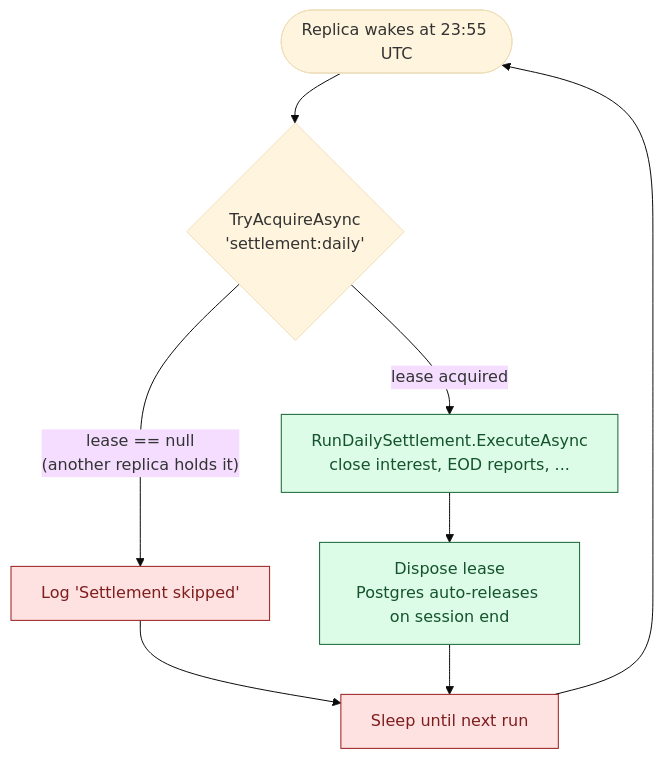
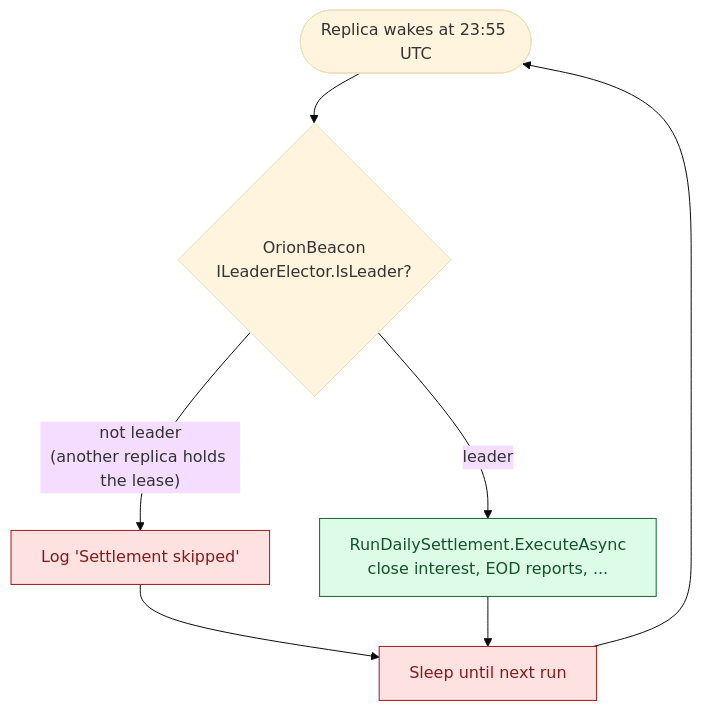
The third of 5 diagrams in README.md (tunahanaliozturk/OrionShowcase), drawn with Mermaid (base theme) before and after one commit. The commit also changed other lines of this file and 37 other files, not shown here.

````diff
--- a/README.md
+++ b/README.md
@@ -190,15 +200,14 @@
 ```mermaid
 flowchart TD
-    Start([Replica wakes at 23:55 UTC]) --> Try{TryAcquireAsync<br/>'settlement:daily'}
-    Try -- "lease == null<br/>(another replica holds it)" --> Skip[Log 'Settlement skipped']
+    Start([Replica wakes at 23:55 UTC]) --> Try{OrionBeacon<br/>ILeaderElector.IsLeader?}
+    Try -- "not leader<br/>(another replica holds the lease)" --> Skip[Log 'Settlement skipped']
     Skip --> Sleep[Sleep until next run]
-    Try -- "lease acquired" --> Run[RunDailySettlement.ExecuteAsync<br/>close interest, EOD reports, ...]
-    Run --> Release[Dispose lease<br/>Postgres auto-releases on session end]
-    Release --> Sleep
+    Try -- "leader" --> Run[RunDailySettlement.ExecuteAsync<br/>close interest, EOD reports, ...]
+    Run --> Sleep
     Sleep --> Start
 
     classDef skip fill:#fee2e2,stroke:#991b1b,color:#7f1d1d
     classDef run fill:#dcfce7,stroke:#166534,color:#14532d
     class Skip,Sleep skip
     class Run,Release run
 ```
````
